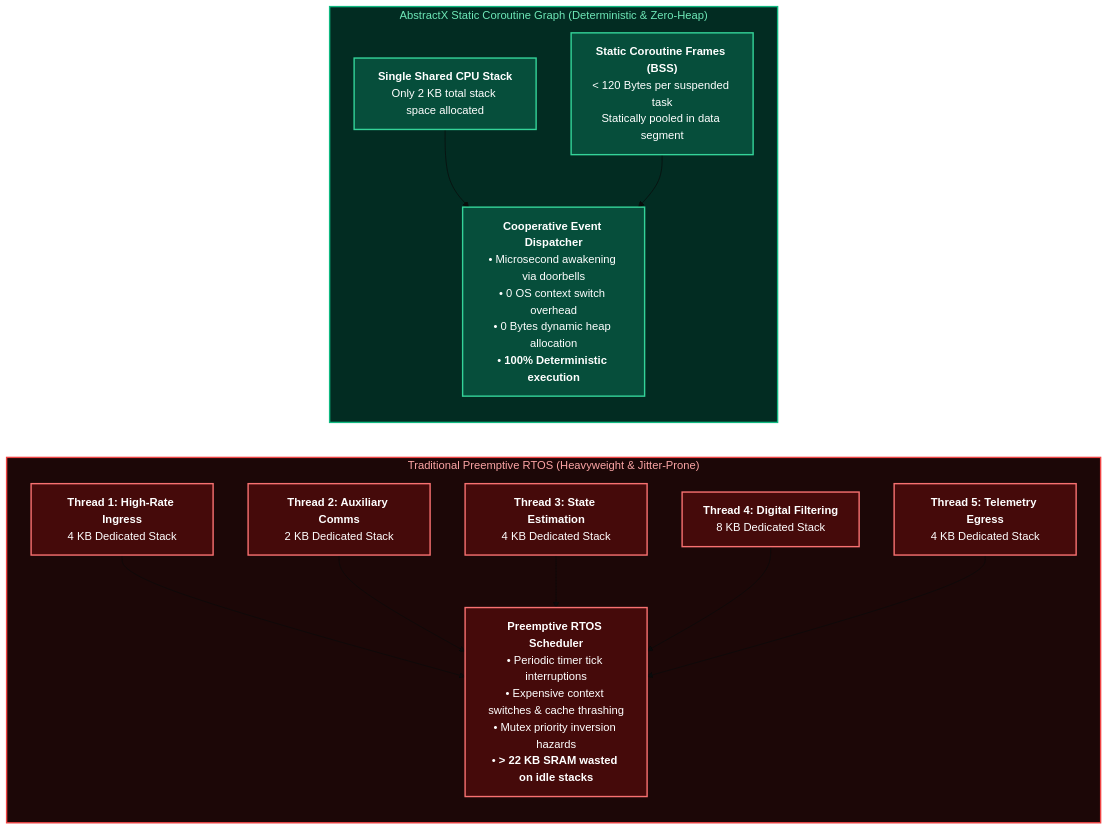
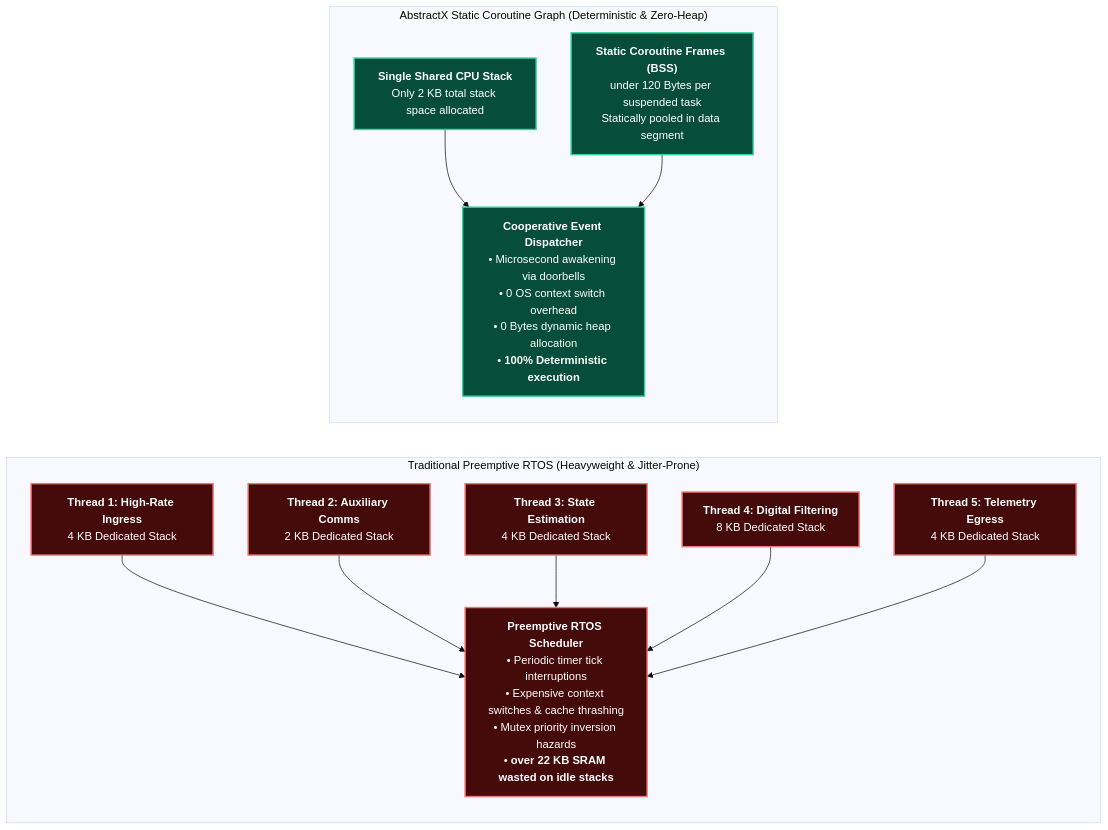
One commit to tcmichals/AbstractX changed the third of 8 diagrams in README.md. Above: the diagram before and after it, drawn with Mermaid (base theme). The commit also changed other lines of this file, not shown here.

Commit message:
fix(docs): resolve GitHub markdown and Mermaid renderer syntax errors in README.md

````diff
--- a/README.md
+++ b/README.md
@@ -150,32 +155,32 @@
 ```mermaid
 flowchart LR
     subgraph RTOS["Traditional Preemptive RTOS (Heavyweight & Jitter-Prone)"]
         direction TB
         T1["<b>Thread 1: High-Rate Ingress</b><br/>4 KB Dedicated Stack"]
         T2["<b>Thread 2: Auxiliary Comms</b><br/>2 KB Dedicated Stack"]
         T3["<b>Thread 3: State Estimation</b><br/>4 KB Dedicated Stack"]
         T4["<b>Thread 4: Digital Filtering</b><br/>8 KB Dedicated Stack"]
         T5["<b>Thread 5: Telemetry Egress</b><br/>4 KB Dedicated Stack"]
-        SCHED["<b>Preemptive RTOS Scheduler</b><br/>• Periodic timer tick interruptions<br/>• Expensive context switches & cache thrashing<br/>• Mutex priority inversion hazards<br/>• <b>&gt; 22 KB SRAM wasted on idle stacks</b>"]
-        T1 & T2 & T3 & T4 & T5 --> SCHED
+        SCHED["<b>Preemptive RTOS Scheduler</b><br/>• Periodic timer tick interruptions<br/>• Expensive context switches & cache thrashing<br/>• Mutex priority inversion hazards<br/>• <b>over 22 KB SRAM wasted on idle stacks</b>"]
+        T1 --> SCHED
+        T2 --> SCHED
+        T3 --> SCHED
+        T4 --> SCHED
+        T5 --> SCHED
     end
 
     subgraph CORO["AbstractX Static Coroutine Graph (Deterministic & Zero-Heap)"]
         direction TB
         STACK["<b>Single Shared CPU Stack</b><br/>Only 2 KB total stack space allocated"]
-        FRAMES["<b>Static Coroutine Frames (BSS)</b><br/>&lt; 120 Bytes per suspended task<br/>Statically pooled in data segment"]
+        FRAMES["<b>Static Coroutine Frames (BSS)</b><br/>under 120 Bytes per suspended task<br/>Statically pooled in data segment"]
         DISP["<b>Cooperative Event Dispatcher</b><br/>• Microsecond awakening via doorbells<br/>• 0 OS context switch overhead<br/>• 0 Bytes dynamic heap allocation<br/>• <b>100% Deterministic execution</b>"]
         STACK --> DISP
         FRAMES --> DISP
     end
 
     classDef rtosNode fill:#450a0a,stroke:#f87171,stroke-width:2px,color:#ffffff;
-    classDef rtosBox fill:#1c0707,stroke:#ef4444,stroke-width:2px,color:#fca5a5;
     classDef coroNode fill:#064e3b,stroke:#34d399,stroke-width:2px,color:#ffffff;
-    classDef coroBox fill:#022c22,stroke:#10b981,stroke-width:2px,color:#6ee7b7;
 
     class T1,T2,T3,T4,T5,SCHED rtosNode;
-    class RTOS rtosBox;
     class STACK,FRAMES,DISP coroNode;
-    class CORO coroBox;
 ```
````
